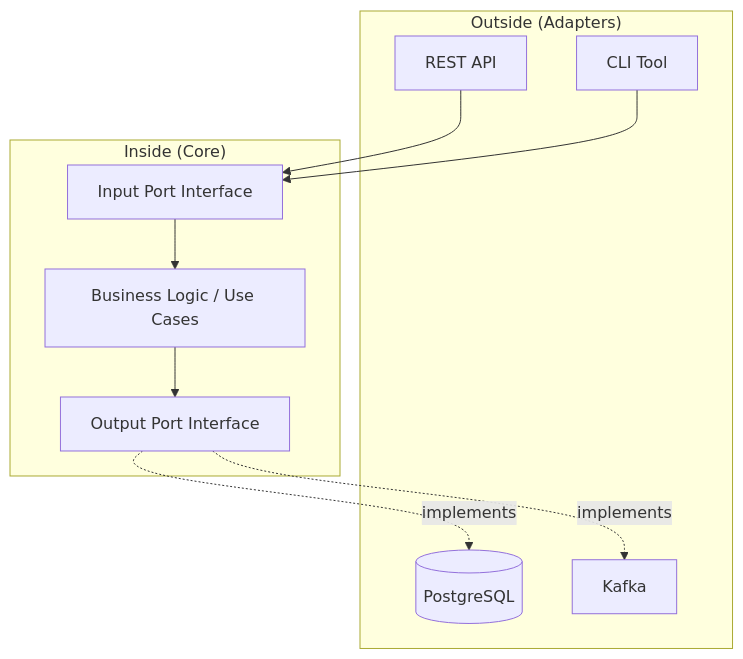
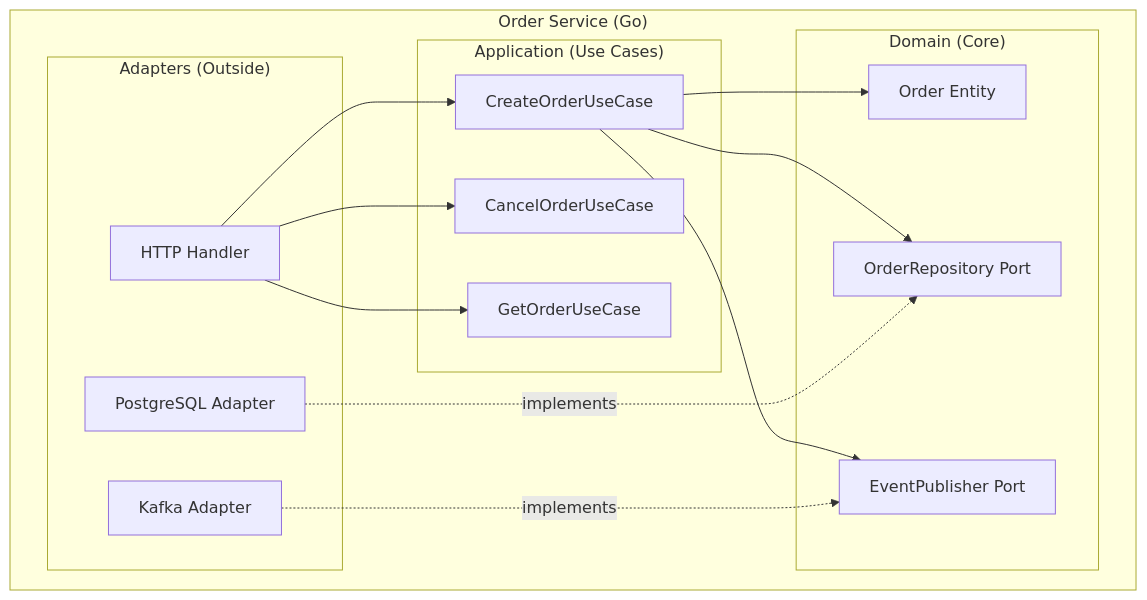
Before and after one commit to pallabcodes/system-design: the third of 4 diagrams in architecture/clean-c4-guide.md, drawn with Mermaid. The commit also changed other lines of this file and 86 other files, not shown here.

````diff
--- a/architecture/clean-c4-guide.md
+++ b/architecture/clean-c4-guide.md
@@ -29,22 +391,31 @@
 ```mermaid
-graph TD
-    subgraph "Outside (Adapters)"
-        Web[REST API]
-        CLI[CLI Tool]
-        DB[(PostgreSQL)]
-        Queue[Kafka]
+graph TB
+    subgraph "Order Service (Go)"
+        subgraph "Adapters (Outside)"
+            HTTP[HTTP Handler]
+            PG[PostgreSQL Adapter]
+            KafkaA[Kafka Adapter]
+        end
+        
+        subgraph "Application (Use Cases)"
+            Create[CreateOrderUseCase]
+            Cancel[CancelOrderUseCase]
+            Get[GetOrderUseCase]
+        end
+        
+        subgraph "Domain (Core)"
+            Order[Order Entity]
+            OrderRepo[OrderRepository Port]
+            EventPub[EventPublisher Port]
+        end
     end
     
-    subgraph "Inside (Core)"
-        Port1[Input Port Interface]
-        Logic[Business Logic / Use Cases]
-        Port2[Output Port Interface]
-    end
-    
-    Web --> Port1
-    CLI --> Port1
-    Port1 --> Logic
-    Logic --> Port2
-    Port2 -.implements.-> DB
-    Port2 -.implements.-> Queue
+    HTTP --> Create
+    HTTP --> Cancel
+    HTTP --> Get
+    Create --> Order
+    Create --> OrderRepo
+    Create --> EventPub
+    PG -.implements.-> OrderRepo
+    KafkaA -.implements.-> EventPub
 ```
````
